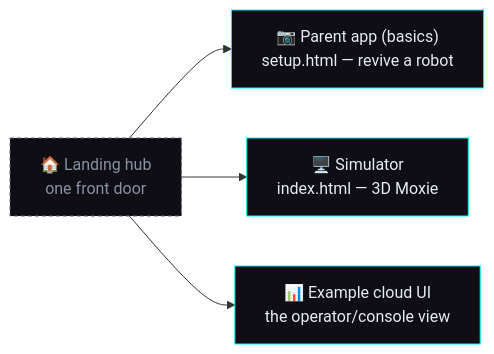
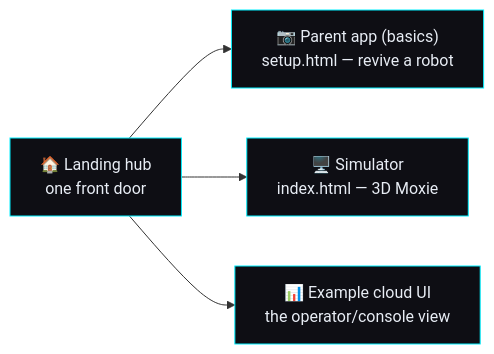
The diagram in docs/architecture/static-experience.md (mvalancy/moxie-robot-saver), drawn with Mermaid before and after one commit. The commit also changed other lines of this file and 6 other files, not shown here.

````diff
--- a/docs/architecture/static-experience.md
+++ b/docs/architecture/static-experience.md
@@ -11,10 +11,10 @@
 ```mermaid
 flowchart LR
   hub["🏠 Landing hub<br/>one front door"]
   hub --> setup["📷 Parent app (basics)<br/>setup.html — revive a robot"]
   hub --> sim["🖥️ Simulator<br/>index.html — 3D Moxie"]
   hub --> cloud["📊 Example cloud UI<br/>the operator/console view"]
   classDef d fill:#0e0e14,stroke:#00f0ff,color:#e8edf5;
   classDef todo fill:#0e0e14,stroke:#5a6577,color:#8892a4,stroke-dasharray:4 3;
-  class hub d; class setup,sim,cloud d; class hub todo;
+  class hub,setup,sim,cloud d;
 ```
````
